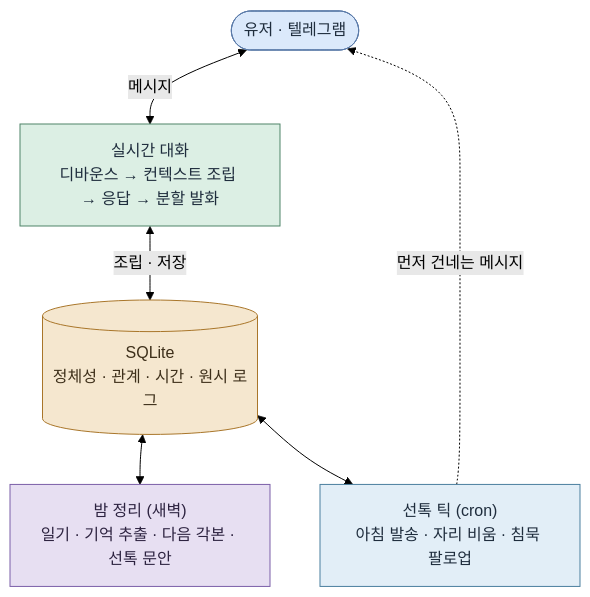
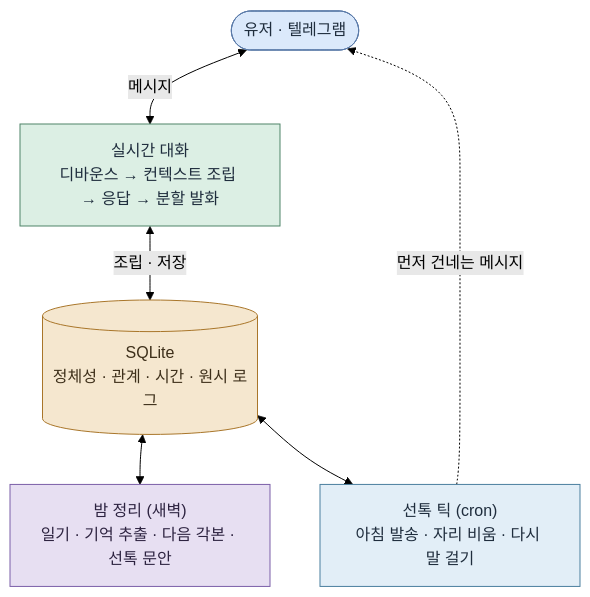
The diagram in README.md (hyewon3938/random-ai-companion), drawn with Mermaid (forest theme) before and after one commit. The commit also changed other lines of this file, not shown here.

````diff
--- a/README.md
+++ b/README.md
@@ -168,18 +168,18 @@
 ```mermaid
 graph TB
     U(["유저 · 텔레그램"])
     BOT["실시간 대화<br/>디바운스 → 컨텍스트 조립 → 응답 → 분할 발화"]
     MEM[("SQLite<br/>정체성 · 관계 · 시간 · 원시 로그")]
-    TICK["선톡 틱 (cron)<br/>아침 발송 · 자리 비움 · 침묵 팔로업"]
+    TICK["선톡 틱 (cron)<br/>아침 발송 · 자리 비움 · 다시 말 걸기"]
     BATCH["밤 정리 (새벽)<br/>일기 · 기억 추출 · 다음 각본 · 선톡 문안"]
     U <-->|메시지| BOT
     BOT <-->|조립 · 저장| MEM
     MEM <--> BATCH
     MEM <--> TICK
     TICK -.->|먼저 건네는 메시지| U
     style U fill:#dbe9fb,stroke:#5a7aa8,color:#1f2d3d
     style BOT fill:#dcefe4,stroke:#4f8468,color:#1f2d3d
     style MEM fill:#f5e7cf,stroke:#a9762a,color:#3d2f1a
     style TICK fill:#e2eef7,stroke:#4a7f9e,color:#1f2d3d
     style BATCH fill:#e7dff2,stroke:#7b5ea8,color:#2d2340
 ```
````
